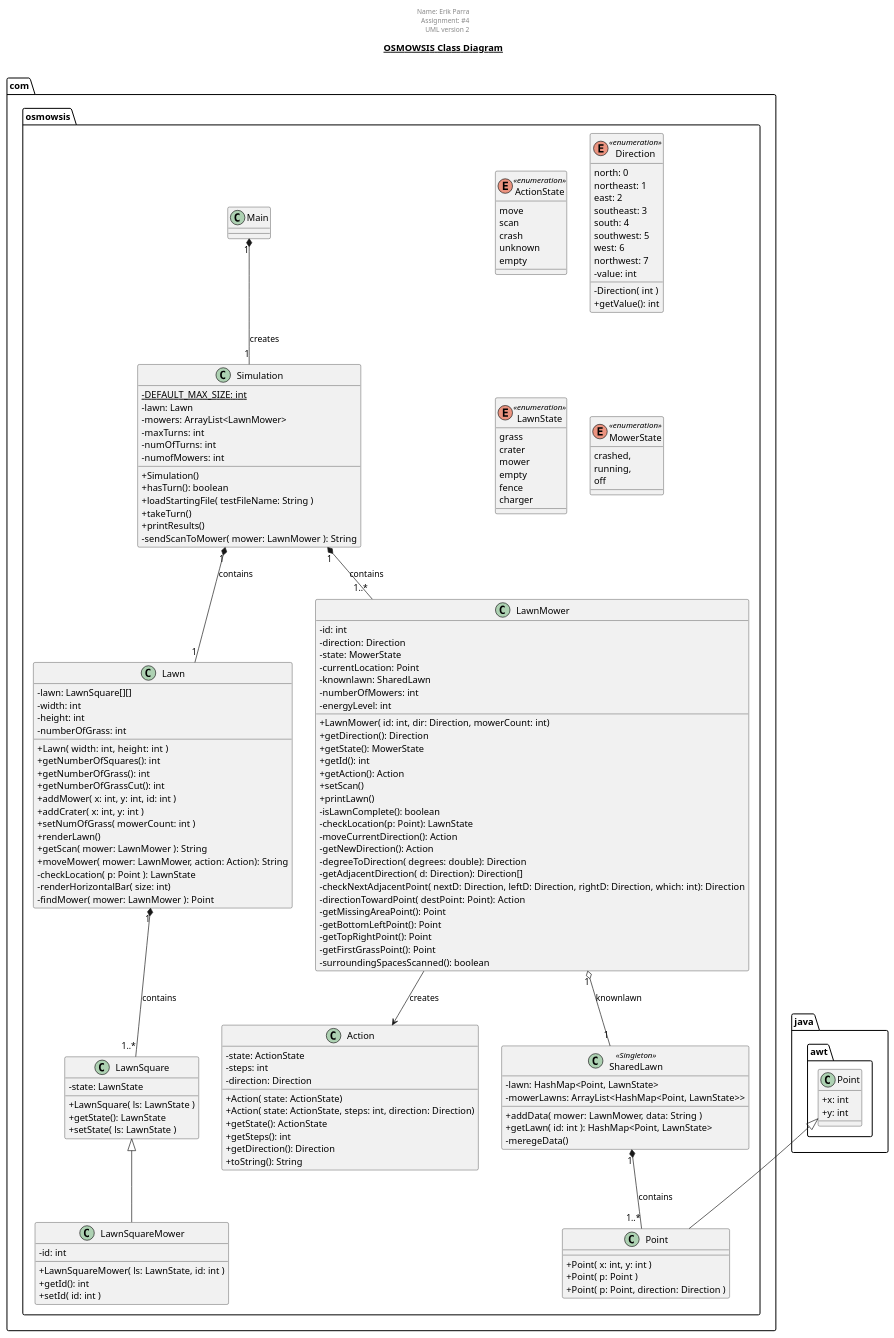
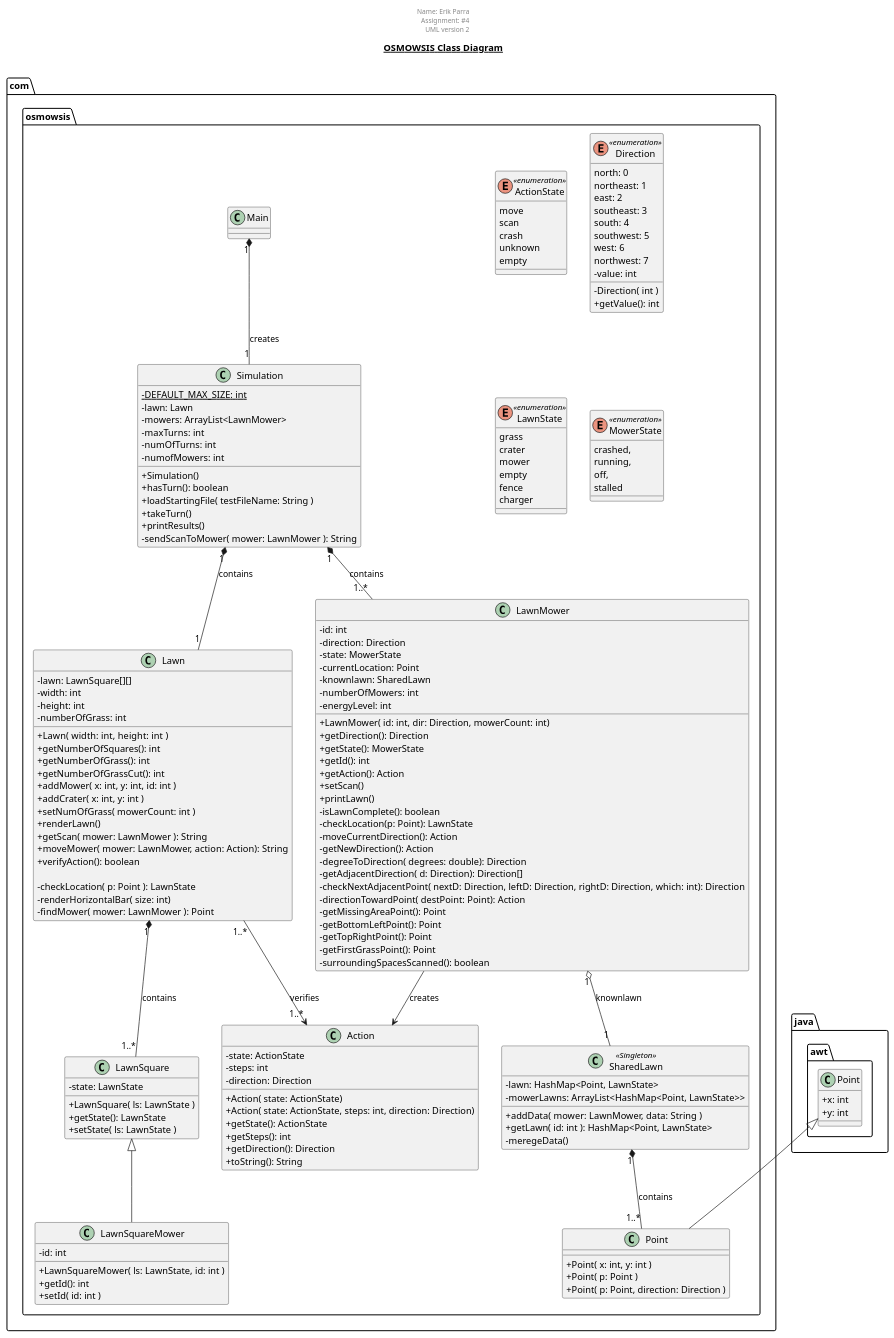
The diagram in osmowsis.plantuml (erikparra/osmowsis), drawn with PlantUML before and after one commit. The commit also changed 1 other file, not shown here.

Commit message:
updated diagrams

```diff
--- a/osmowsis.plantuml
+++ b/osmowsis.plantuml
@@ -1,188 +1,192 @@
 @startuml
 
 skinparam classAttributeIconSize 0
 'hide circle
 
 title __OSMOWSIS Class Diagram__\n
 
 center header
 Name: Erik Parra
 Assignment: #4
 UML version 2
 end header
 
 class com.osmowsis.Action {
     - state: ActionState
     - steps: int
     - direction: Direction
 
     + Action( state: ActionState)
     + Action( state: ActionState, steps: int, direction: Direction)
     + getState(): ActionState
     + getSteps(): int
     + getDirection(): Direction
     + toString(): String
 }
 
 enum com.osmowsis.ActionState <<enumeration>> {
     move
     scan
     crash
     unknown
     empty
 }
 
 enum com.osmowsis.Direction <<enumeration>> {
     north: 0
     northeast: 1
     east: 2
     southeast: 3
     south: 4
     southwest: 5
     west: 6
     northwest: 7
     - value: int
 
     - Direction( int )
     + getValue(): int
 }
 
 class com.osmowsis.Lawn {
     - lawn: LawnSquare[][]
     - width: int
     - height: int
     - numberOfGrass: int
     + Lawn( width: int, height: int  )
     + getNumberOfSquares(): int
     + getNumberOfGrass(): int
     + getNumberOfGrassCut(): int
     + addMower( x: int, y: int, id: int )
     + addCrater( x: int, y: int )
     + setNumOfGrass( mowerCount: int )
     + renderLawn()
     + getScan( mower: LawnMower ): String
-    +  moveMower( mower: LawnMower, action: Action): String
+    + moveMower( mower: LawnMower, action: Action): String
+    + verifyAction(): boolean
+
     - checkLocation( p: Point ): LawnState
     - renderHorizontalBar( size: int)
     - findMower( mower: LawnMower ): Point
 }
 
 
 class com.osmowsis.LawnMower {
 
     - id: int
     - direction: Direction
     - state: MowerState
     - currentLocation: Point
     - knownlawn: SharedLawn
     - numberOfMowers: int
     - energyLevel: int
 
     + LawnMower( id: int, dir: Direction, mowerCount: int)
     + getDirection(): Direction
     + getState(): MowerState
     + getId(): int
     + getAction(): Action
     + setScan()
     + printLawn()
     - isLawnComplete(): boolean
     - checkLocation(p: Point): LawnState
     - moveCurrentDirection(): Action
     - getNewDirection(): Action
     - degreeToDirection( degrees: double): Direction
     - getAdjacentDirection( d: Direction): Direction[]
     - checkNextAdjacentPoint( nextD: Direction, leftD: Direction, rightD: Direction, which: int): Direction
     - directionTowardPoint( destPoint: Point): Action
     - getMissingAreaPoint(): Point
     - getBottomLeftPoint(): Point
     - getTopRightPoint(): Point
     - getFirstGrassPoint(): Point
     - surroundingSpacesScanned(): boolean
 }
 
 
 class com.osmowsis.LawnSquare {
     - state: LawnState
     + LawnSquare( ls: LawnState )
     + getState(): LawnState
     + setState( ls: LawnState )
 }
 
 
 class com.osmowsis.LawnSquareMower {
     - id: int
     + LawnSquareMower( ls: LawnState, id: int )
     + getId(): int
     + setId( id: int )
 }
 
 enum com.osmowsis.LawnState <<enumeration>> {
     grass
     crater
     mower
     empty
     fence
     charger
 }
 
 class com.osmowsis.Main {
 }
 
 enum com.osmowsis.MowerState <<enumeration>> {
     crashed,
     running,
-    off
+    off,
+    stalled
 }
 
 class java.awt.Point {
     + x: int
     + y: int
 }
 
 
 class com.osmowsis.Point {
     + Point( x: int, y: int )
     + Point( p: Point )
     + Point( p: Point, direction: Direction )
 }
 
 
 class com.osmowsis.Simulation {
     - {static} DEFAULT_MAX_SIZE: int
     - lawn: Lawn
     - mowers: ArrayList<LawnMower>
     - maxTurns: int
     - numOfTurns: int
     - numofMowers: int
 
     + Simulation()
     + hasTurn(): boolean
     + loadStartingFile( testFileName: String )
     + takeTurn()
     + printResults()
     - sendScanToMower( mower: LawnMower ): String
 }
 
 class com.osmowsis.SharedLawn <<Singleton>>{
     - lawn: HashMap<Point, LawnState>
     - mowerLawns: ArrayList<HashMap<Point, LawnState>>
     + addData( mower: LawnMower, data: String )
     + getLawn( id: int ): HashMap<Point, LawnState>
     - meregeData()
 }
 
 
 com.osmowsis.Simulation "1" *-- "1" com.osmowsis.Lawn  : contains
 com.osmowsis.Simulation "1" *-- "1..*" com.osmowsis.LawnMower  : contains
 com.osmowsis.Lawn "1" *-- "1..*" com.osmowsis.LawnSquare : contains
 com.osmowsis.LawnSquareMower -up-|> com.osmowsis.LawnSquare
 com.osmowsis.Point -up-|> java.awt.Point
 com.osmowsis.LawnMower --> com.osmowsis.Action : creates
 
 com.osmowsis.LawnMower "1" o-- "1" com.osmowsis.SharedLawn : knownlawn
 com.osmowsis.Main "1" *-- "1" com.osmowsis.Simulation : creates
 com.osmowsis.SharedLawn "1" *-- "1..*" com.osmowsis.Point : contains
 
+com.osmowsis.Lawn "1..*" --> "1..*" com.osmowsis.Action : verifies
 
 
 @enduml
```
